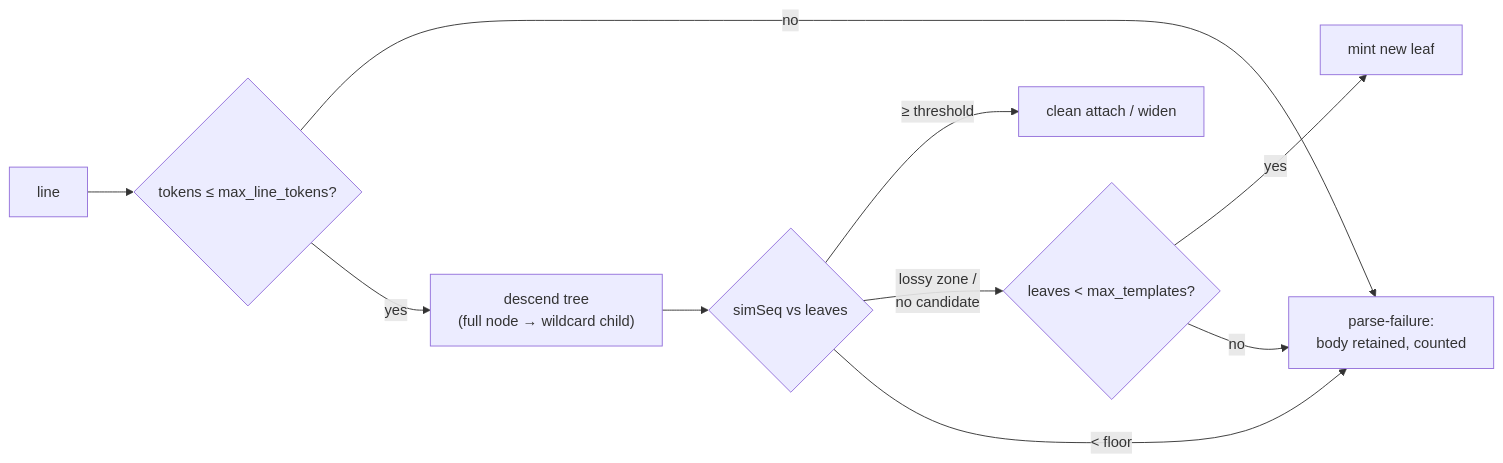
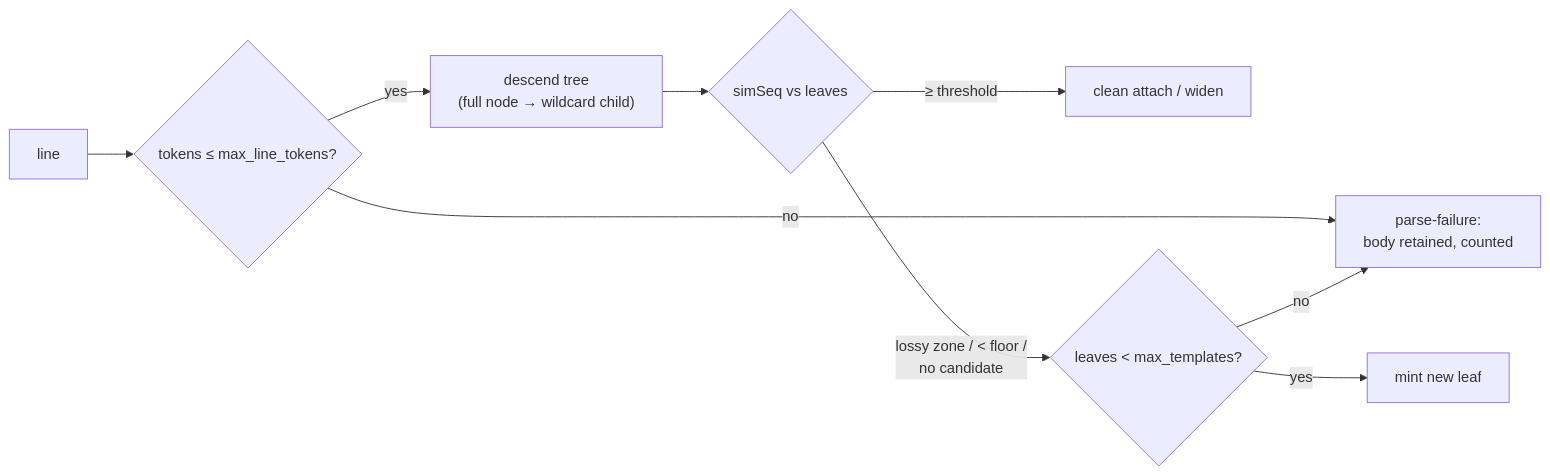
The diagram in docs/rfcs/0023-bounded-template-memory.md (jensholdgaard/ourios), drawn with Mermaid before and after one commit. The commit also changed other lines of this file and 2 other files, not shown here.

First line of the commit message:
docs(rfc0001): mint a template for a below-floor line instead of failing it (#1083)

````diff
--- a/docs/rfcs/0023-bounded-template-memory.md
+++ b/docs/rfcs/0023-bounded-template-memory.md
@@ -100,12 +107,11 @@
 ```mermaid
 flowchart LR
     L[line] --> T{"tokens ≤ max_line_tokens?"}
     T -- no --> PF["parse-failure:<br/>body retained, counted"]
     T -- yes --> D["descend tree<br/>(full node → wildcard child)"]
     D --> M{"simSeq vs leaves"}
     M -- "≥ threshold" --> A[clean attach / widen]
-    M -- "lossy zone /<br/>no candidate" --> C{"leaves < max_templates?"}
+    M -- "lossy zone / < floor /<br/>no candidate" --> C{"leaves < max_templates?"}
     C -- yes --> N[mint new leaf]
     C -- no --> PF
-    M -- "< floor" --> PF
 ```
````
